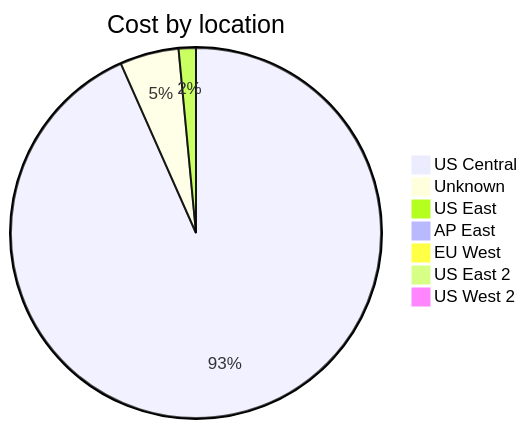
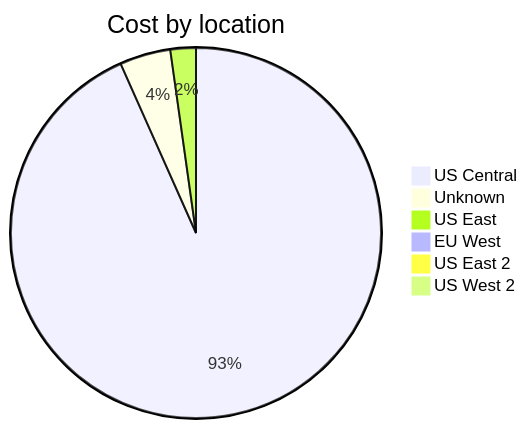
One commit to jpfulton/azure-personal-reports changed the third of 4 diagrams in cost-reports/accumulated-cost.md. Above: the diagram before and after it, drawn with Mermaid. The commit also changed other lines of this file and 4 other files, not shown here.

````diff
--- a/cost-reports/accumulated-cost.md
+++ b/cost-reports/accumulated-cost.md
@@ -123,11 +120,10 @@
 ```mermaid
 pie
    title Cost by location
-   "US Central" : 17.98
-   "Unknown" : 0.99
-   "US East" : 0.29
-   "AP East" : 0.00
+   "US Central" : 0.42
+   "Unknown" : 0.02
+   "US East" : 0.01
    "EU West" : 0.00
    "US East 2" : 0.00
    "US West 2" : 0.00
 ```
````
